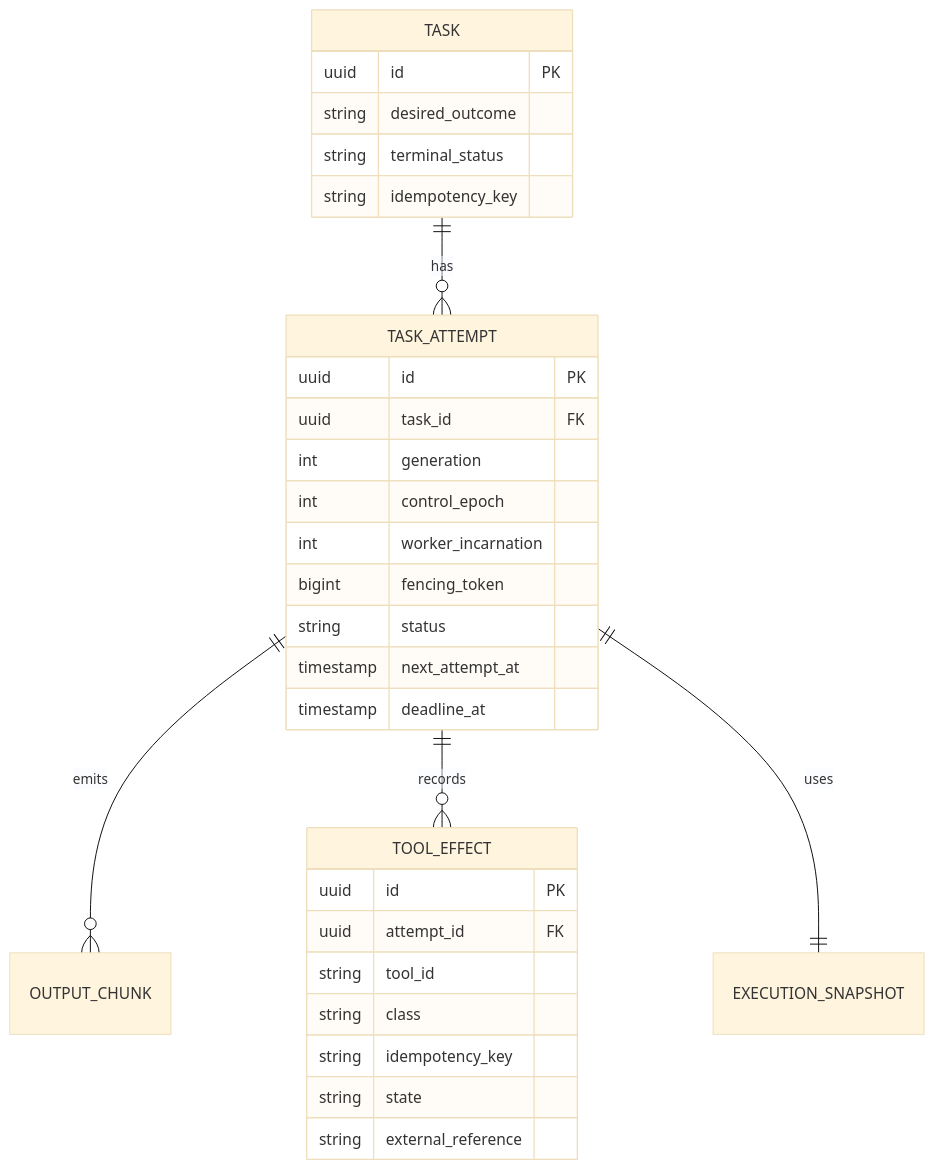
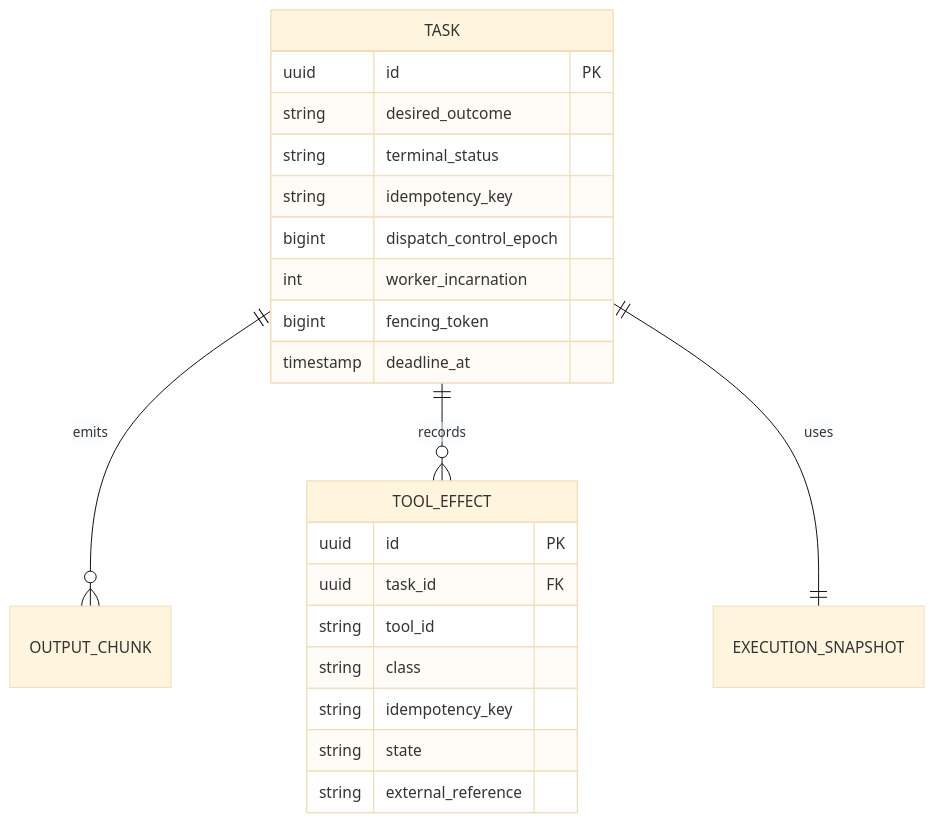
One commit to yarang/grok-fleet-orchestrator changed the first of 2 diagrams in docs/architecture/tasks/execution-consistency.md. Above: the diagram before and after it, drawn with Mermaid (base theme). The commit also changed other lines of this file and 10 other files, not shown here.

First line of the commit message:
feat: record the dispatching control epoch instead of building TaskAttempt (#62 stage 4)

````diff
--- a/docs/architecture/tasks/execution-consistency.md
+++ b/docs/architecture/tasks/execution-consistency.md
@@ -18,33 +24,25 @@
 ```mermaid
 erDiagram
-    TASK ||--o{ TASK_ATTEMPT : has
-    TASK_ATTEMPT ||--o{ OUTPUT_CHUNK : emits
-    TASK_ATTEMPT ||--o{ TOOL_EFFECT : records
-    TASK_ATTEMPT ||--|| EXECUTION_SNAPSHOT : uses
+    TASK ||--o{ OUTPUT_CHUNK : emits
+    TASK ||--o{ TOOL_EFFECT : records
+    TASK ||--|| EXECUTION_SNAPSHOT : uses
     TASK {
         uuid id PK
         string desired_outcome
         string terminal_status
         string idempotency_key
-    }
-    TASK_ATTEMPT {
-        uuid id PK
-        uuid task_id FK
-        int generation
-        int control_epoch
+        bigint dispatch_control_epoch
         int worker_incarnation
         bigint fencing_token
-        string status
-        timestamp next_attempt_at
         timestamp deadline_at
     }
     TOOL_EFFECT {
         uuid id PK
-        uuid attempt_id FK
+        uuid task_id FK
         string tool_id
         string class
         string idempotency_key
         string state
         string external_reference
     }
 ```
````
